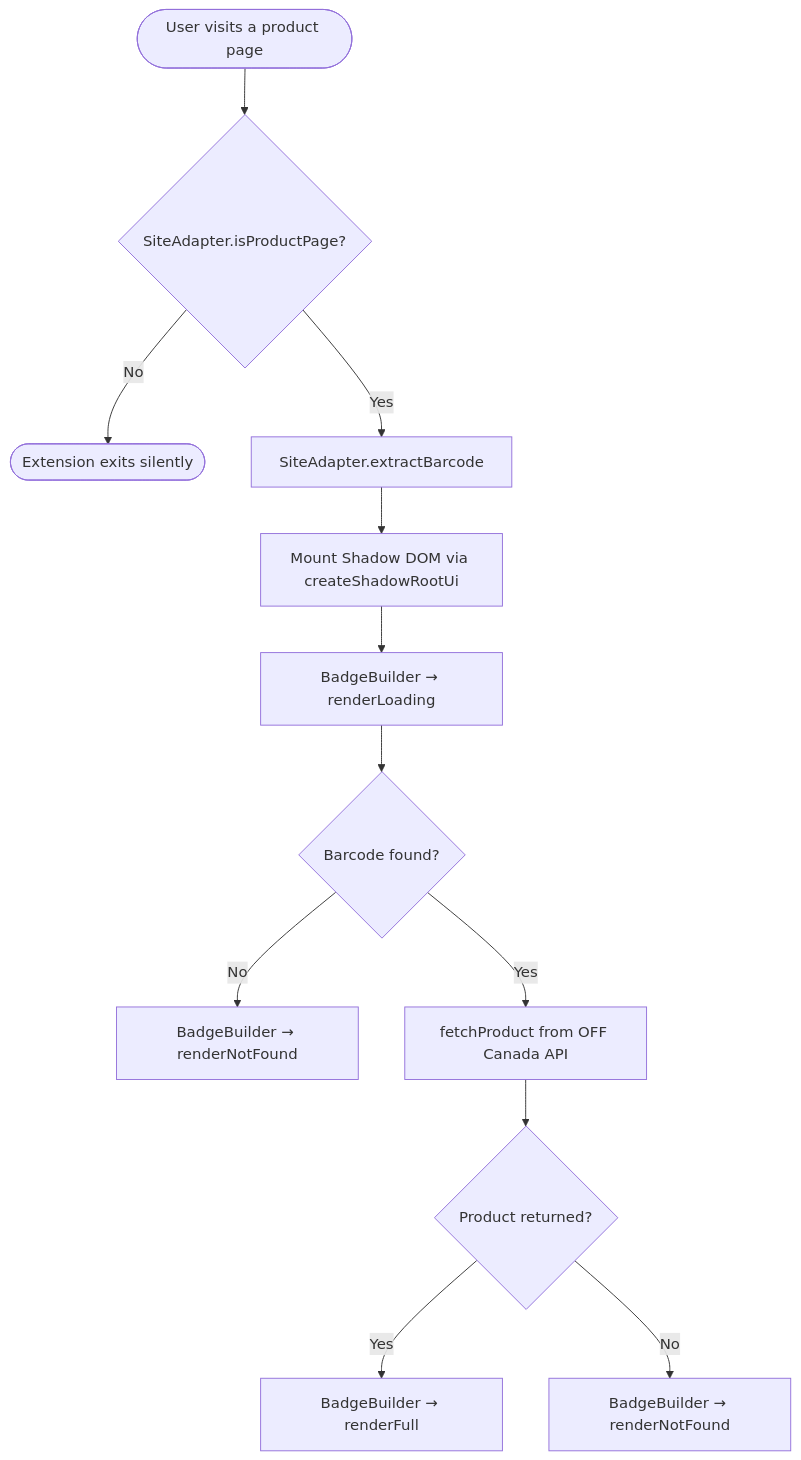
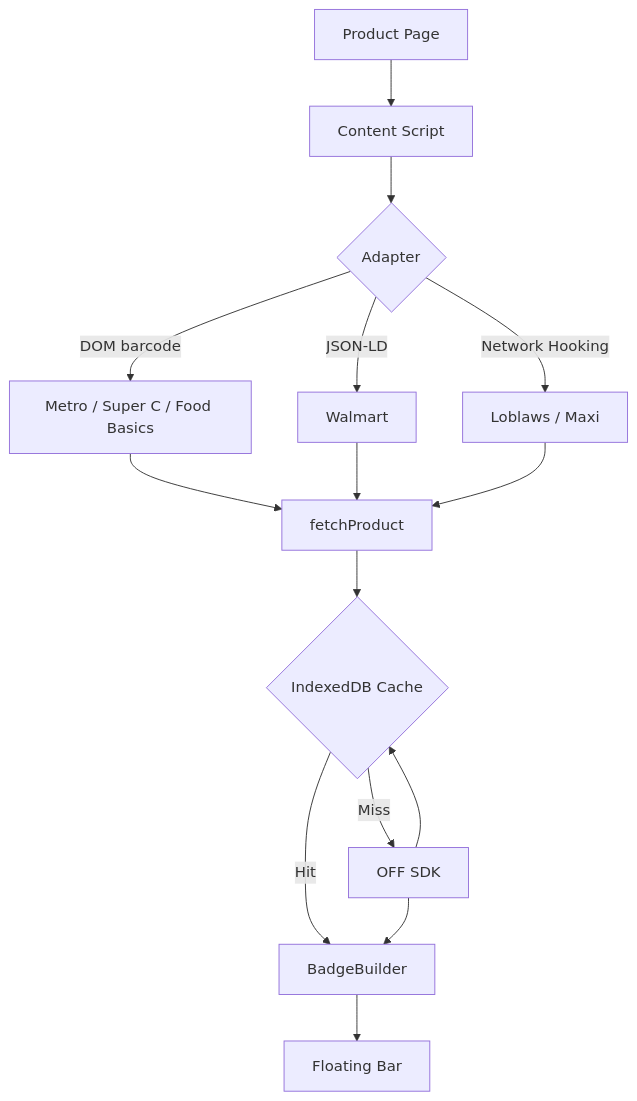
Before and after one commit to DevDs1989/OFF-EStoreExtension: the diagram in README.md, drawn with Mermaid. The commit also changed other lines of this file, not shown here.

````diff
--- a/README.md
+++ b/README.md
@@ -52,14 +52,15 @@
 ```mermaid
 flowchart TD
-    A([User visits a product page]) --> B{SiteAdapter.isProductPage?}
-    B -- No --> Z([Extension exits silently])
-    B -- Yes --> C[SiteAdapter.extractBarcode]
-    C --> D[Mount Shadow DOM via createShadowRootUi]
-    D --> E[BadgeBuilder → renderLoading]
-    E --> F{Barcode found?}
-    F -- No --> G[BadgeBuilder → renderNotFound]
-    F -- Yes --> H[fetchProduct from OFF Canada API]
-    H --> I{Product returned?}
-    I -- Yes --> J[BadgeBuilder → renderFull]
-    I -- No --> K[BadgeBuilder → renderNotFound]
+    A[Product Page] --> B[Content Script]
+    B --> C{Adapter}
+    C -->|DOM barcode| D[Metro / Super C / Food Basics]
+    C -->|JSON-LD| E[Walmart]
+    C -->|Network Hooking| F[Loblaws / Maxi]
+    D & E & F --> G[fetchProduct]
+    G --> H{IndexedDB Cache}
+    H -->|Hit| I[BadgeBuilder]
+    H -->|Miss| J[OFF SDK]
+    J --> H
+    J --> I
+    I --> K[Floating Bar]
 ```
````
